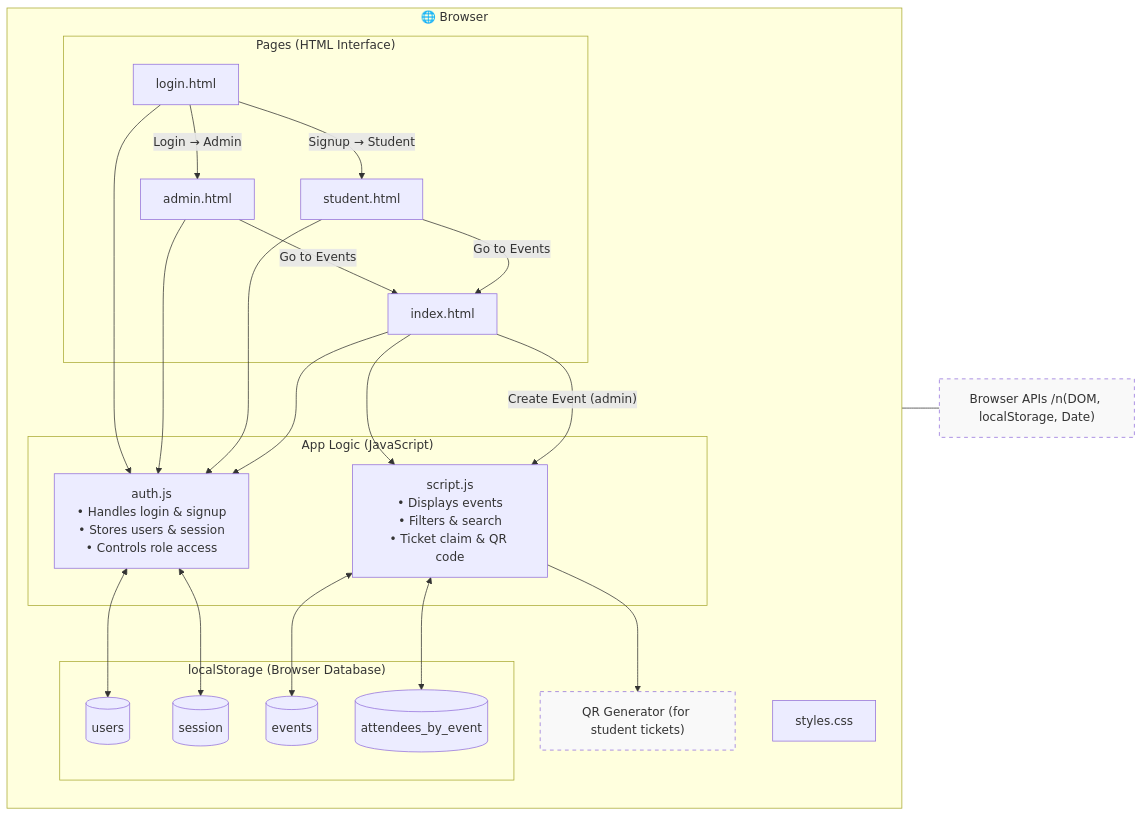
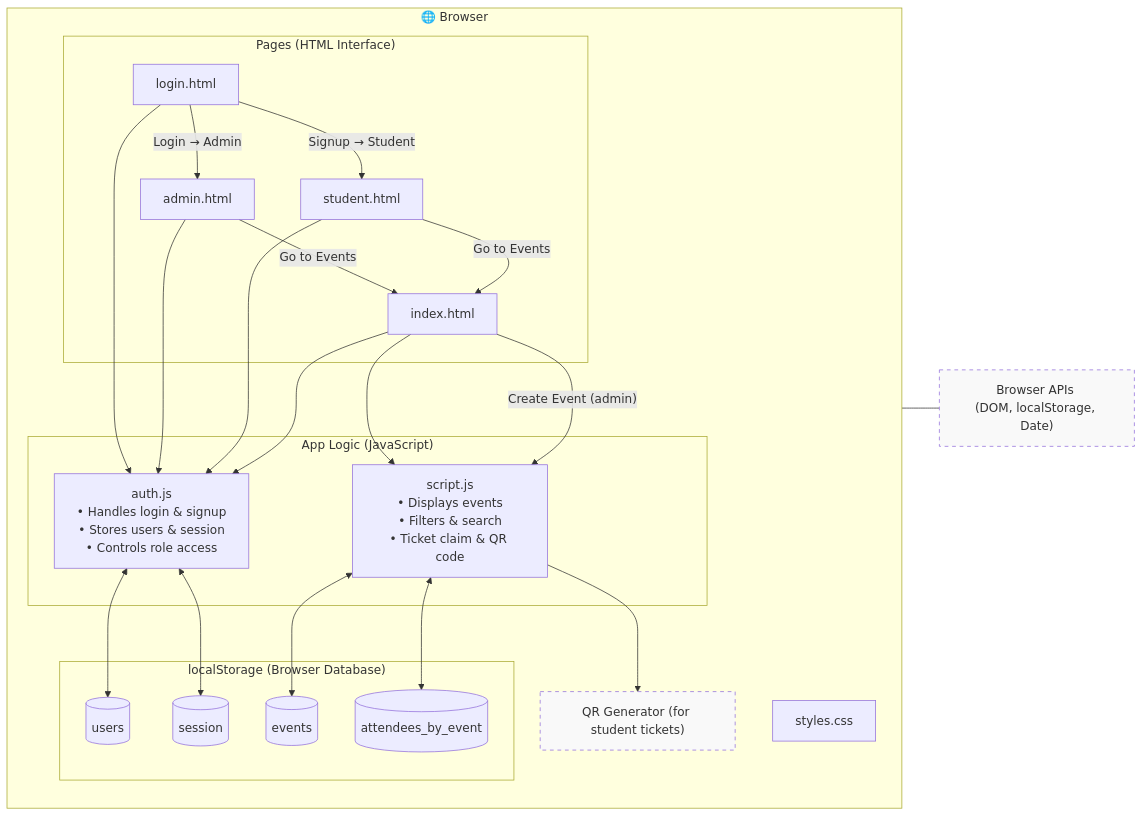
The diagram in block_diagram.mmd (MarcElHaddad1/SOEN-341), drawn with Mermaid before and after one commit.

```diff
--- a/block_diagram.mmd
+++ b/block_diagram.mmd
@@ -1,61 +1,62 @@
 flowchart LR
   %% ========== MAIN APP ==========
   subgraph Browser["🌐 Browser "]
     
     %% Pages Layer
     subgraph Pages[" Pages (HTML Interface)"]
       L[login.html]
       A[admin.html]
       S[student.html]
       I[index.html]
     end
 
     %% Logic Layer
     subgraph Logic[" App Logic (JavaScript)"]
       AUTH["auth.js\n• Handles login & signup\n• Stores users & session\n• Controls role access"]
       SCR["script.js\n• Displays events\n• Filters & search\n• Ticket claim & QR code"]
     end
 
     %% Data Layer
     subgraph Data[" localStorage (Browser Database)"]
       USERS[(users)]
       SESSION[(session)]
       EVENTS[(events)]
       ATTENDEES[(attendees_by_event)]
     end
 
     %% Styling
     STY[styles.css]
 
     %% Page connections
     L --> AUTH
     A --> AUTH
     S --> AUTH
     I --> AUTH
     I --> SCR
 
     %% Logic <-> Data
     AUTH <--> USERS
     AUTH <--> SESSION
     SCR  <--> EVENTS
     SCR  <--> ATTENDEES
 
     %% Navigation flow
     L -- "Login → Admin" --> A
     L -- "Signup → Student" --> S
     A -- "Go to Events" --> I
     S -- "Go to Events" --> I
 
     %% Admin-only function
     I -- "Create Event (admin)" --> SCR
 
     %% Utility
     QR["QR Generator (for student tickets)"]:::util
     SCR --> QR
 
     classDef util stroke-dasharray:5 5, fill:#f9f9f9;
   end
 
   %% External dependencies
-  BAPI["Browser APIs /n(DOM, localStorage, Date)"]:::util
+  BAPI["Browser APIs 
+(DOM, localStorage, Date)"]:::util
   Browser --- BAPI
```
